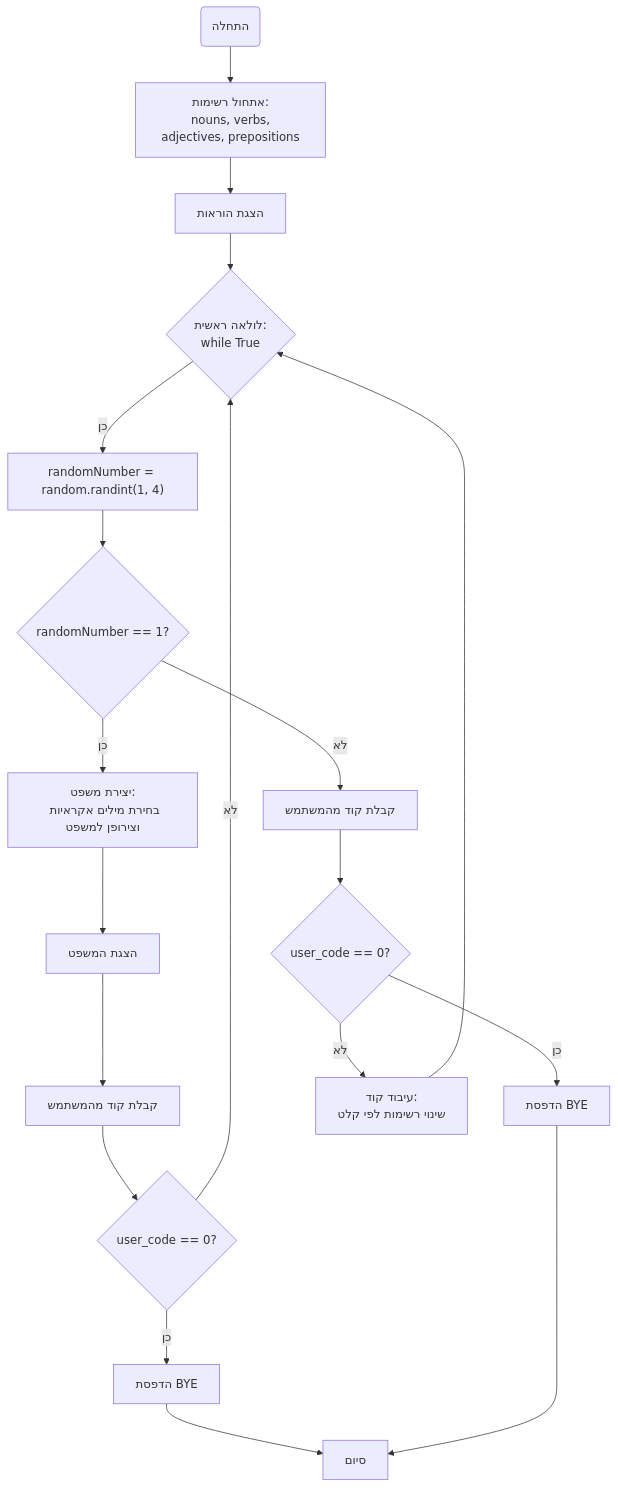
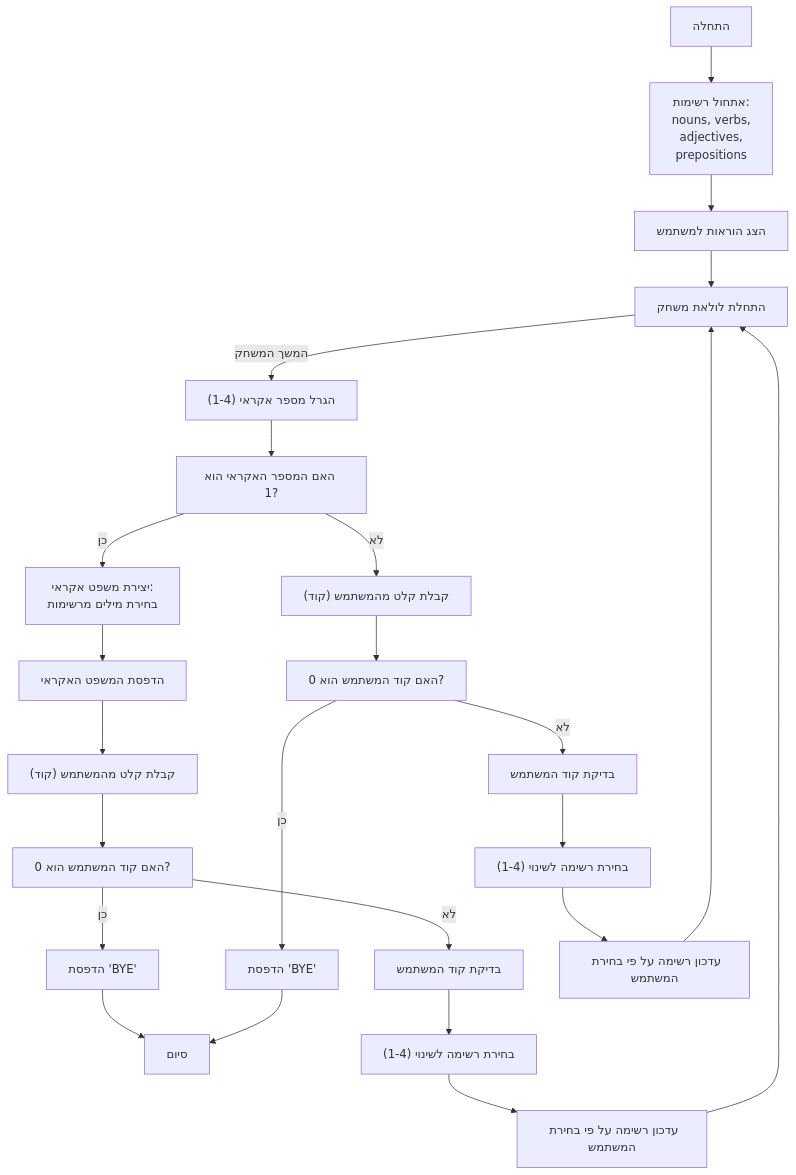
Before and after one commit to hypo69/hypo: the diagram in docs/gemini/he/explainer/src/endpoints/ai_games/101_basic_computer_games/ru/GAMES/POETRY/poetry.py.md, drawn with Mermaid. The commit also changed other lines of this file and 885 other files, not shown here.

````diff
--- a/docs/gemini/he/explainer/src/endpoints/ai_games/101_basic_computer_games/ru/GAMES/POETRY/poetry.py.md
+++ b/docs/gemini/he/explainer/src/endpoints/ai_games/101_basic_computer_games/ru/GAMES/POETRY/poetry.py.md
@@ -49,25 +51,28 @@
 ```mermaid
 flowchart TD
-    Start("התחלה") --> InitializeLists["אתחול רשימות:\n nouns, verbs, adjectives, prepositions"];
-    InitializeLists --> OutputInstructions["הצגת הוראות"];
-    OutputInstructions --> LoopStart{"לולאה ראשית:\n while True"};
-    LoopStart -- כן --> GenerateRandomNumber["randomNumber = random.randint(1, 4)"];
-    GenerateRandomNumber --> CheckRandomNumber{"randomNumber == 1?"};
-    CheckRandomNumber -- כן --> GeneratePhrase["יצירת משפט:\nבחירת מילים אקראיות וצירופן למשפט"];
-     GeneratePhrase --> OutputPhrase["הצגת המשפט"];
-     OutputPhrase --> InputUserCode1["קבלת קוד מהמשתמש"];
-     InputUserCode1 --> CheckUserCode1{"user_code == 0?"}
-     CheckUserCode1 -- כן --> OutputBye["הדפסת BYE"];
-     CheckUserCode1 -- לא --> LoopStart
-     CheckRandomNumber -- לא --> InputUserCode2["קבלת קוד מהמשתמש"];
-     InputUserCode2 --> CheckUserCode2{"user_code == 0?"}
-     CheckUserCode2 -- כן --> OutputBye2["הדפסת BYE"];
-     CheckUserCode2 -- לא --> ProcessCode["עיבוד קוד:\n שינוי רשימות לפי קלט"];
-     ProcessCode --> LoopStart;
-     OutputBye --> End["סיום"];
-     OutputBye2 --> End
-    
-    
+    Start["התחלה"] --> InitializeLists["אתחול רשימות:\nnouns, verbs,\nadjectives,\nprepositions"];
+    InitializeLists --> OutputInstructions["הצג הוראות למשתמש"];
+    OutputInstructions --> GameLoopStart["התחלת לולאת משחק"];
+    GameLoopStart -- "המשך המשחק" --> GenerateRandomNumber["הגרל מספר אקראי (1-4)"];
+    GenerateRandomNumber --> CheckRandomNumber["האם המספר האקראי הוא 1?"];
+    CheckRandomNumber -- "כן" --> GenerateRandomPhrase["יצירת משפט אקראי:\nבחירת מילים מרשימות"];
+    GenerateRandomPhrase --> OutputPhrase["הדפסת המשפט האקראי"];
+    OutputPhrase --> GetUserInput1["קבלת קלט מהמשתמש (קוד)"];
+    GetUserInput1 --> CheckUserCode1["האם קוד המשתמש הוא 0?"];
+    CheckRandomNumber -- "לא" --> GetUserInput2["קבלת קלט מהמשתמש (קוד)"];
+     GetUserInput2 --> CheckUserCode2["האם קוד המשתמש הוא 0?"];
+    CheckUserCode1 -- "כן" --> OutputBye["הדפסת 'BYE'"];
+    CheckUserCode2 -- "כן" --> OutputBye2["הדפסת 'BYE'"];
+    OutputBye --> End["סיום"];
+    OutputBye2 --> End
+    CheckUserCode1 -- "לא" --> ValidateUserCode1["בדיקת קוד המשתמש"];
+    CheckUserCode2 -- "לא" --> ValidateUserCode2["בדיקת קוד המשתמש"];
+    ValidateUserCode1 --> ChangeListSelection1["בחירת רשימה לשינוי (1-4)"];
+    ValidateUserCode2 --> ChangeListSelection2["בחירת רשימה לשינוי (1-4)"];
+    ChangeListSelection1 --> UpdateList1["עדכון רשימה על פי בחירת המשתמש"];
+    ChangeListSelection2 --> UpdateList2["עדכון רשימה על פי בחירת המשתמש"];
+    UpdateList1 --> GameLoopStart;
+    UpdateList2 --> GameLoopStart;
     
     
 ```
````
